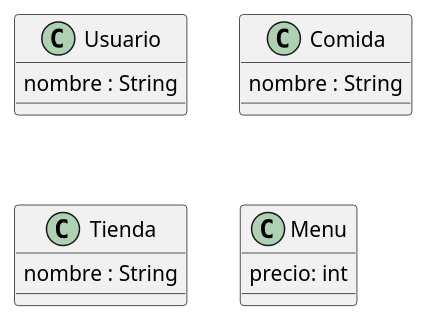
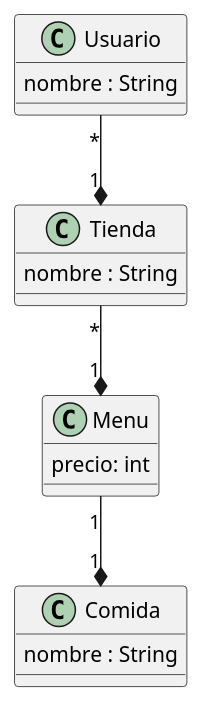
One commit to Lacuellar/Ufind- changed the diagram in uml_Ufind.puml. Above: the diagram before and after it, drawn with PlantUML.

```diff
--- a/uml_Ufind.puml
+++ b/uml_Ufind.puml
@@ -1,17 +1,23 @@
 @startuml
 class Usuario {
   nombre : String
 }
 
 class Comida {
    nombre : String
 }
 
 class Tienda {
    nombre : String
 }
 
 class Menu {
    precio: int
 }
+
+
+Usuario "*" --*  "1" Tienda
+Tienda "*" --*  "1" Menu
+Menu "1" --* "1" Comida
+
 @enduml
```
